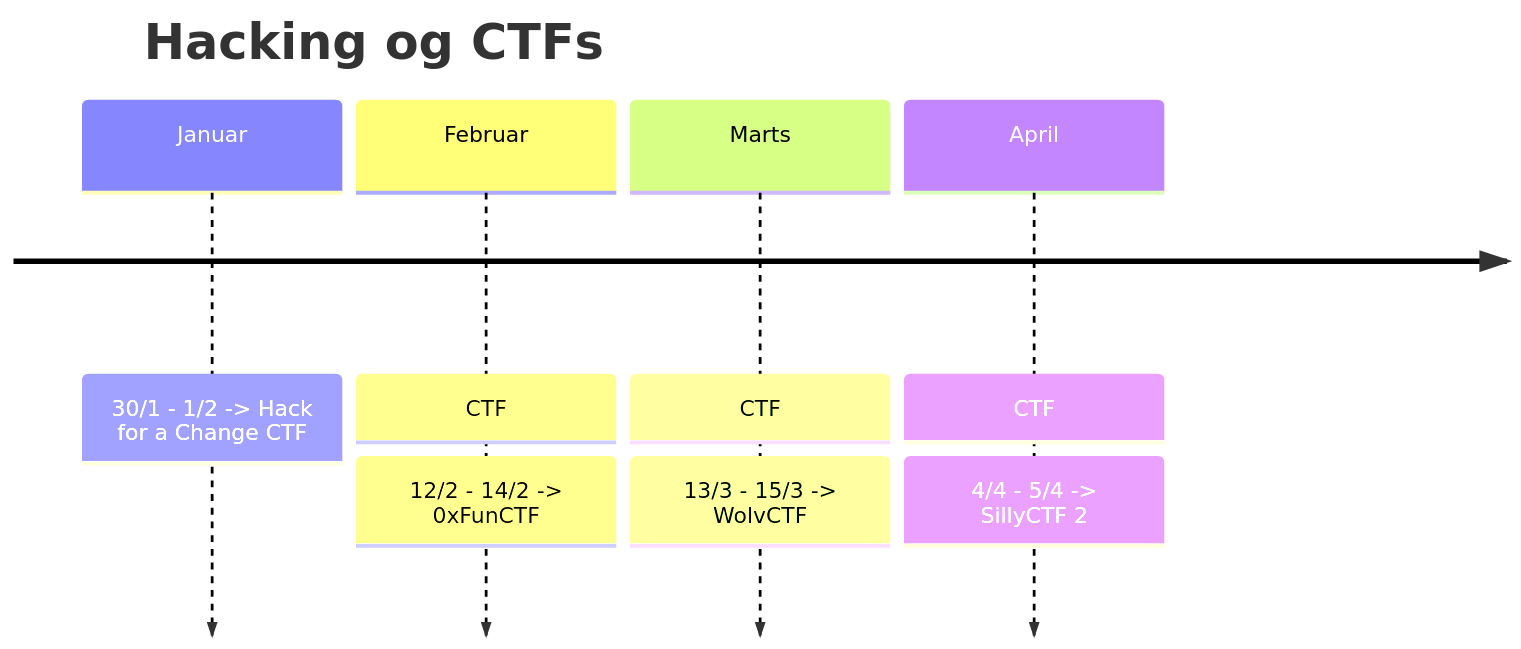
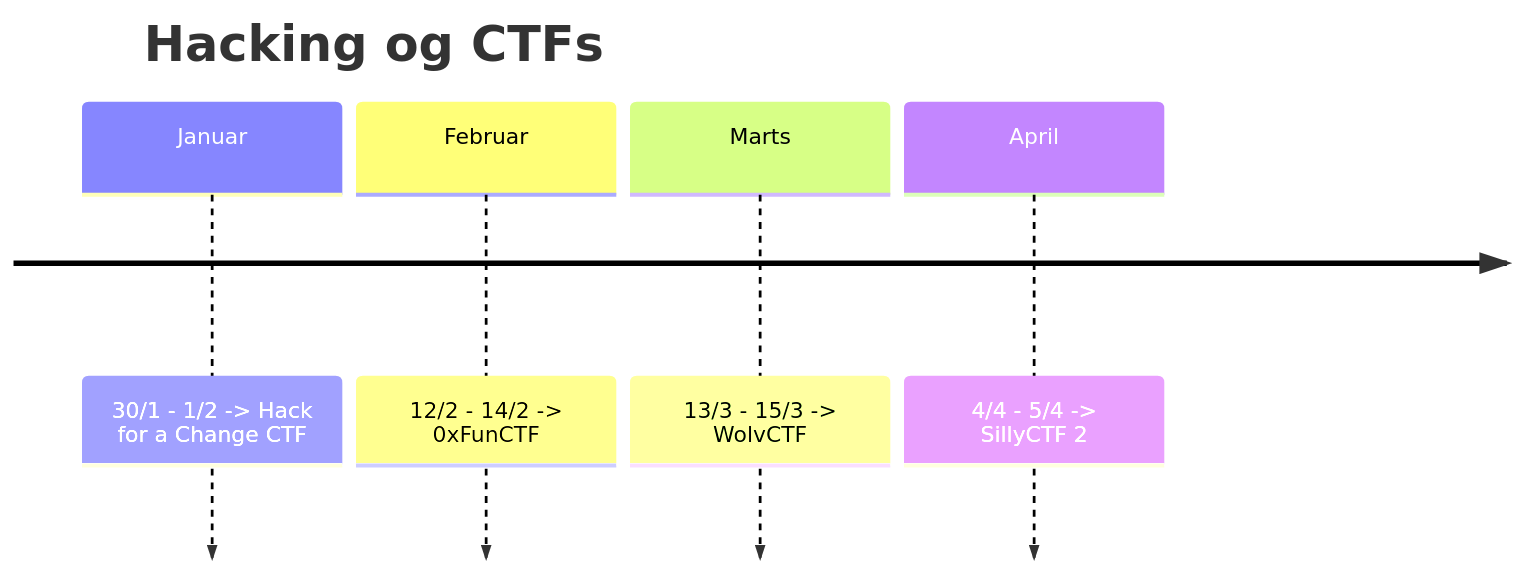
One commit to Rosenorn-Solutions/Praktik_Opgaver changed the diagram in Lasse/NextLevel/README.md. Above: the diagram before and after it, drawn with Mermaid.

````diff
--- a/Lasse/NextLevel/README.md
+++ b/Lasse/NextLevel/README.md
@@ -12,12 +12,12 @@
 ```mermaid
 timeline
     title Hacking og CTFs
     Januar  
         : 30/1 - 1/2 -> Hack for a Change CTF
-    Februar : CTF
+    Februar 
         : 12/2 - 14/2 -> 0xFunCTF
-    Marts : CTF
+    Marts 
         : 13/3 - 15/3 -> WolvCTF 
-    April : CTF
+    April 
         : 4/4 - 5/4 -> SillyCTF 2 
 ```
````
